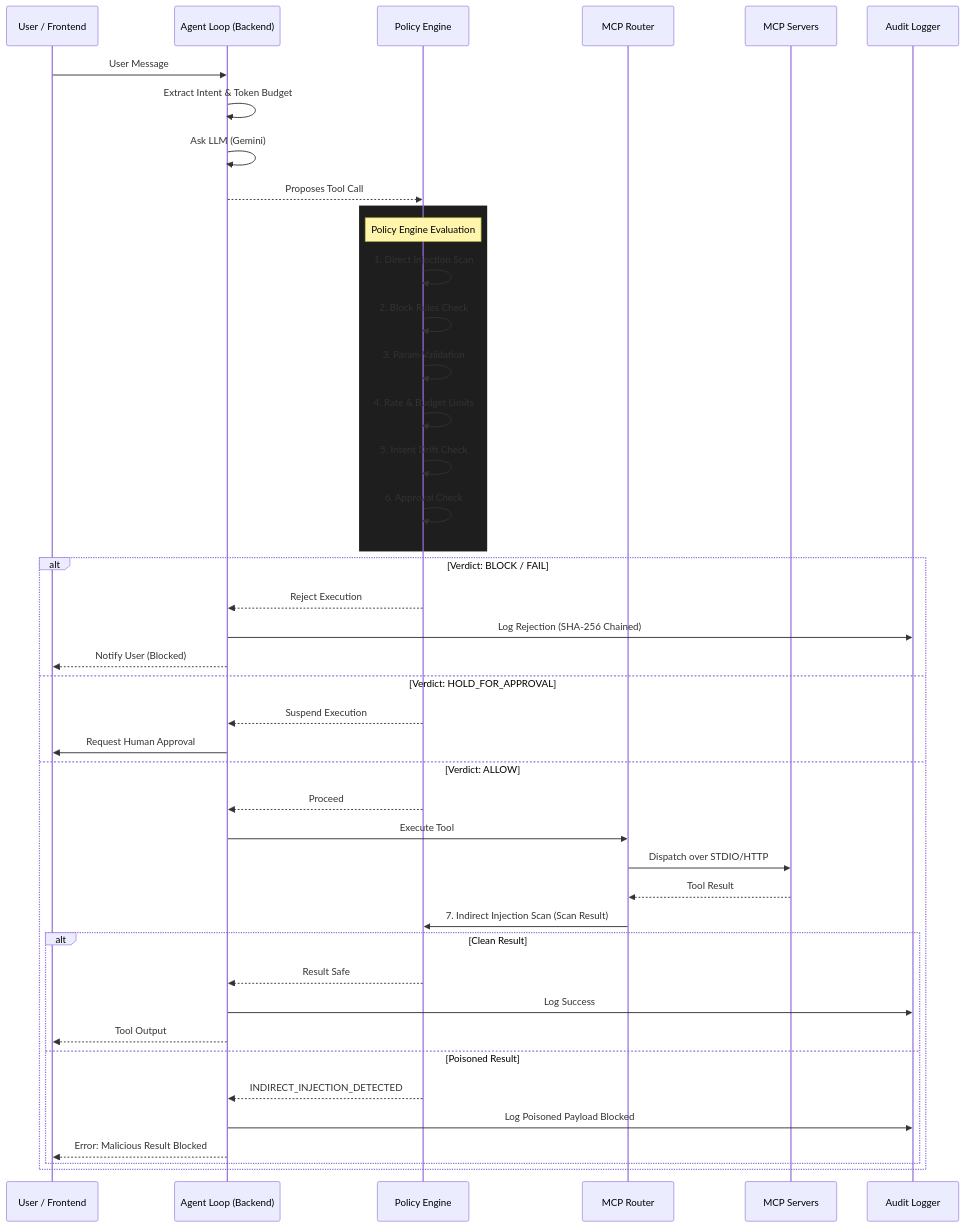
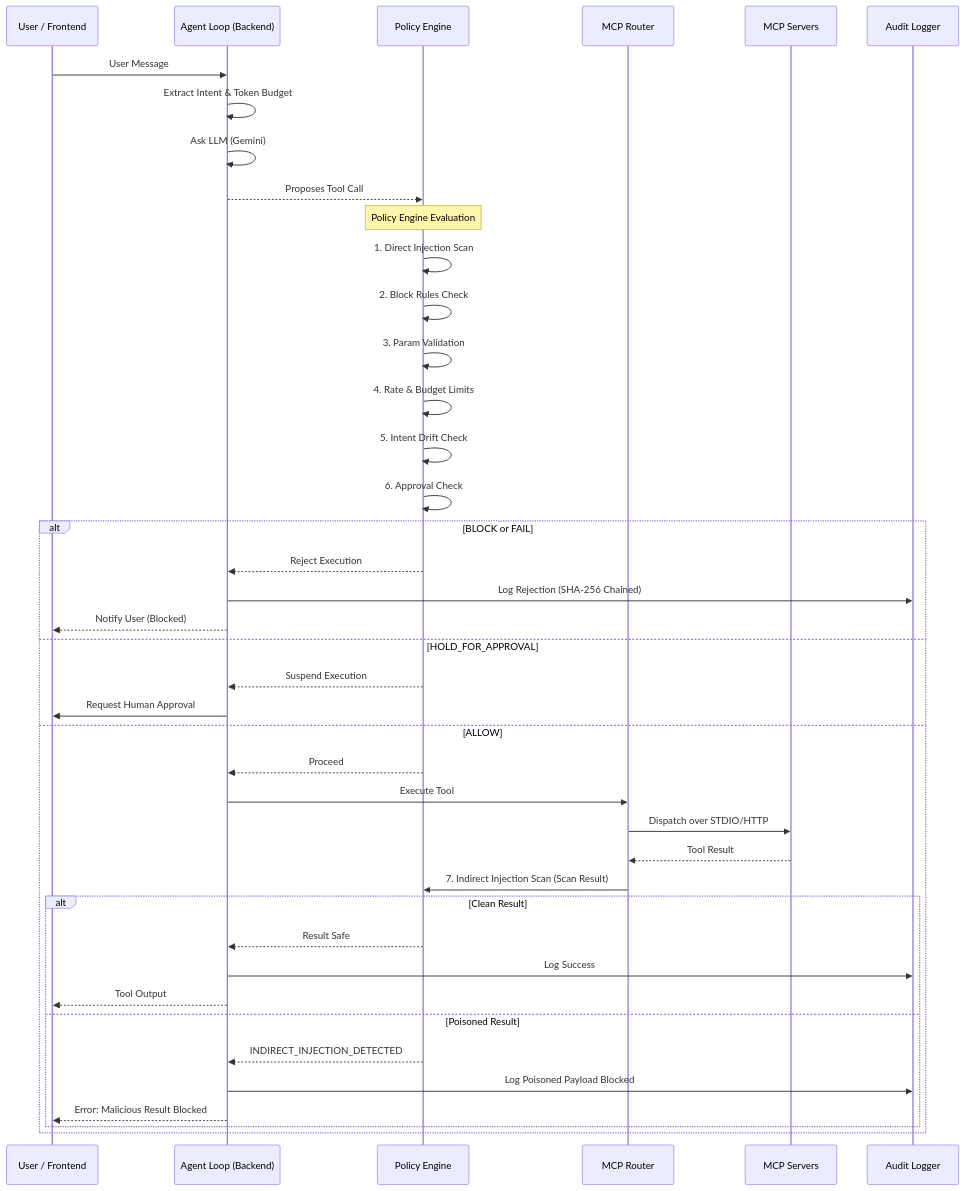
One commit to vaibhavgupta5/IQarmor changed the diagram in readme.md. Above: the diagram before and after it, drawn with Mermaid.

````diff
--- a/readme.md
+++ b/readme.md
@@ -13,48 +13,46 @@
 ```mermaid
 sequenceDiagram
     participant U as User / Frontend
     participant A as Agent Loop (Backend)
     participant PE as Policy Engine
     participant MCP as MCP Router
     participant S as MCP Servers
     participant L as Audit Logger
 
     U->>A: User Message
     A->>A: Extract Intent & Token Budget
     A->>A: Ask LLM (Gemini)
     A-->>PE: Proposes Tool Call
     
-    rect rgb(30, 30, 30)
     Note over PE: Policy Engine Evaluation
     PE->>PE: 1. Direct Injection Scan
     PE->>PE: 2. Block Rules Check
     PE->>PE: 3. Param Validation
     PE->>PE: 4. Rate & Budget Limits
     PE->>PE: 5. Intent Drift Check
     PE->>PE: 6. Approval Check
-    end
     
-    alt Verdict: BLOCK / FAIL
+    alt BLOCK or FAIL
         PE-->>A: Reject Execution
         A->>L: Log Rejection (SHA-256 Chained)
         A-->>U: Notify User (Blocked)
-    else Verdict: HOLD_FOR_APPROVAL
+    else HOLD_FOR_APPROVAL
         PE-->>A: Suspend Execution
         A->>U: Request Human Approval
-    else Verdict: ALLOW
+    else ALLOW
         PE-->>A: Proceed
         A->>MCP: Execute Tool
         MCP->>S: Dispatch over STDIO/HTTP
         S-->>MCP: Tool Result
         MCP->>PE: 7. Indirect Injection Scan (Scan Result)
         alt Clean Result
             PE-->>A: Result Safe
             A->>L: Log Success
             A-->>U: Tool Output
         else Poisoned Result
             PE-->>A: INDIRECT_INJECTION_DETECTED
             A->>L: Log Poisoned Payload Blocked
             A-->>U: Error: Malicious Result Blocked
         end
     end
 ```
````
